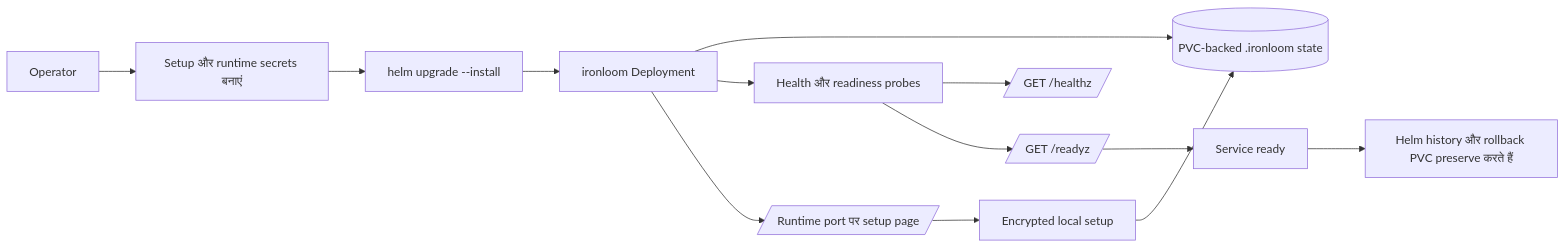
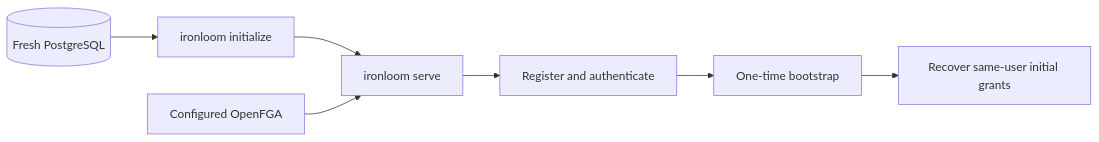
The diagram in site/guide-docs/hi/guides/deployment.md (VannaDii/ironloom), drawn with Mermaid before and after one commit. The commit also changed other lines of this file and 13 other files, not shown here.

Commit message:
fix: serialize bootstrap grants and wire service connections

````diff
--- a/site/guide-docs/hi/guides/deployment.md
+++ b/site/guide-docs/hi/guides/deployment.md
@@ -9,15 +7,9 @@
 ```mermaid
 flowchart LR
-  operator[Operator] --> secret[Setup और runtime secrets बनाएं]
-  secret --> helm[helm upgrade --install]
-  helm --> deployment[ironloom Deployment]
-  deployment --> pvc[(PVC-backed .ironloom state)]
-  deployment --> probes[Health और readiness probes]
-  probes --> health[/GET /healthz/]
-  probes --> ready[/GET /readyz/]
-  deployment --> setup[/Runtime port पर setup page/]
-  setup --> encrypted[Encrypted local setup]
-  encrypted --> pvc
-  ready --> service[Service ready]
-  service --> rollback[Helm history और rollback PVC preserve करते हैं]
+  DB[(Fresh PostgreSQL)] --> Init[ironloom initialize]
+  Init --> Service[ironloom serve]
+  FGA[Configured OpenFGA] --> Service
+  Service --> Account[Register and authenticate]
+  Account --> Bootstrap[One-time bootstrap]
+  Bootstrap --> Ready[Recover same-user initial grants]
 ```
````
